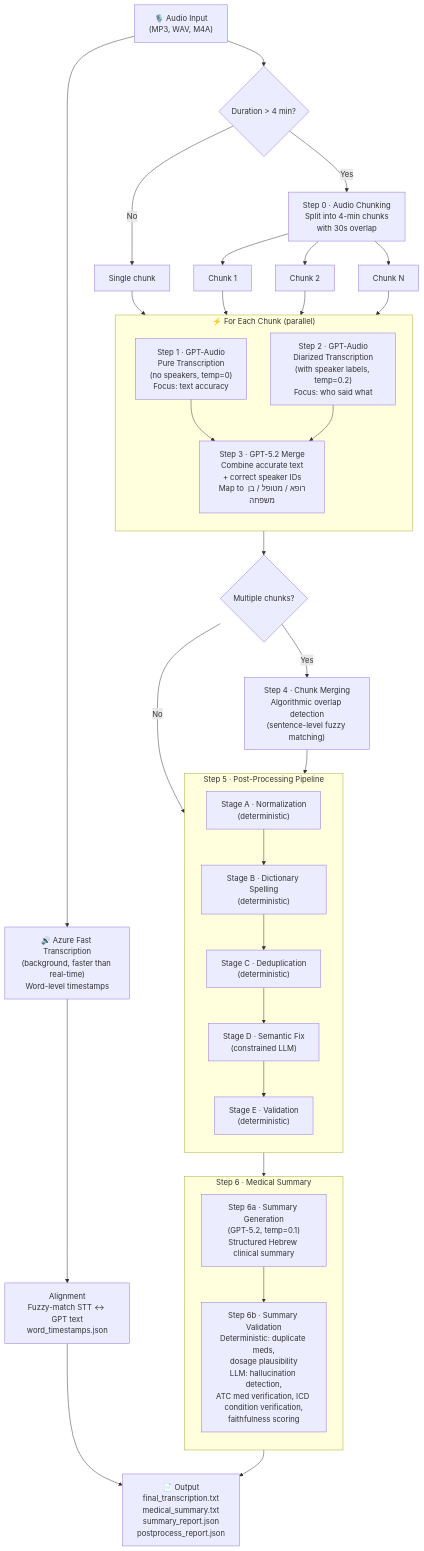
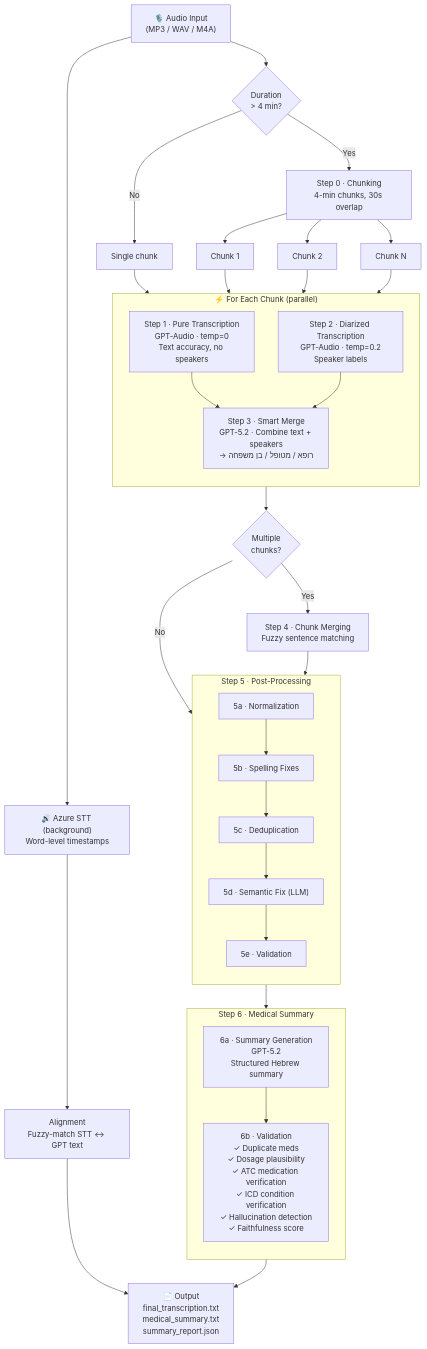
The diagram in README.md (roie9876/medical-diarization), drawn with Mermaid before and after one commit.

Commit message:
update flow

````diff
--- a/README.md
+++ b/README.md
@@ -23,53 +23,54 @@
 ```mermaid
 flowchart TD
-    A["🎙️ Audio Input\n(MP3, WAV, M4A)"] --> B{"Duration > 4 min?"}
+    A["🎙️ Audio Input<br/>(MP3 / WAV / M4A)"]
+    A --> B{"Duration<br/>> 4 min?"}
 
     B -- No --> D1["Single chunk"]
-    B -- Yes --> C["Step 0 · Audio Chunking\nSplit into 4-min chunks\nwith 30s overlap"]
+    B -- Yes --> C["Step 0 · Chunking<br/>4-min chunks, 30s overlap"]
     C --> D2["Chunk 1"]
     C --> D3["Chunk 2"]
     C --> D4["Chunk N"]
 
     D1 --> PAR
     D2 --> PAR
     D3 --> PAR
     D4 --> PAR
 
     subgraph PAR["⚡ For Each Chunk (parallel)"]
         direction TB
-        E1["Step 1 · GPT-Audio\nPure Transcription\n(no speakers, temp=0)\nFocus: text accuracy"]
-        E2["Step 2 · GPT-Audio\nDiarized Transcription\n(with speaker labels, temp=0.2)\nFocus: who said what"]
-        E1 --> F["Step 3 · GPT-5.2 Merge\nCombine accurate text\n+ correct speaker IDs\nMap to רופא / מטופל / בן משפחה"]
+        E1["Step 1 · Pure Transcription<br/>GPT-Audio · temp=0<br/>Text accuracy, no speakers"]
+        E2["Step 2 · Diarized Transcription<br/>GPT-Audio · temp=0.2<br/>Speaker labels"]
+        E1 --> F["Step 3 · Smart Merge<br/>GPT-5.2 · Combine text + speakers<br/>→ רופא / מטופל / בן משפחה"]
         E2 --> F
     end
 
-    PAR --> G{"Multiple chunks?"}
-    G -- Yes --> H["Step 4 · Chunk Merging\nAlgorithmic overlap detection\n(sentence-level fuzzy matching)"]
+    PAR --> G{"Multiple<br/>chunks?"}
+    G -- Yes --> H["Step 4 · Chunk Merging<br/>Fuzzy sentence matching"]
     G -- No --> I
     H --> I
 
-    subgraph I["Step 5 · Post-Processing Pipeline"]
+    subgraph I["Step 5 · Post-Processing"]
         direction TB
-        SA["Stage A · Normalization\n(deterministic)"]
-        SB["Stage B · Dictionary Spelling\n(deterministic)"]
-        SC["Stage C · Deduplication\n(deterministic)"]
-        SD["Stage D · Semantic Fix\n(constrained LLM)"]
-        SE["Stage E · Validation\n(deterministic)"]
+        SA["5a · Normalization"]
+        SB["5b · Spelling Fixes"]
+        SC["5c · Deduplication"]
+        SD["5d · Semantic Fix (LLM)"]
+        SE["5e · Validation"]
         SA --> SB --> SC --> SD --> SE
     end
 
     I --> K
 
     subgraph K["Step 6 · Medical Summary"]
         direction TB
-        K1["Step 6a · Summary Generation\n(GPT-5.2, temp=0.1)\nStructured Hebrew clinical summary"]
-        K2["Step 6b · Summary Validation\nDeterministic: duplicate meds,\ndosage plausibility\nLLM: hallucination detection,\nATC med verification, ICD condition verification,\nfaithfulness scoring"]
+        K1["6a · Summary Generation<br/>GPT-5.2<br/>Structured Hebrew summary"]
+        K2["6b · Validation<br/>✓ Duplicate meds<br/>✓ Dosage plausibility<br/>✓ ATC medication verification<br/>✓ ICD condition verification<br/>✓ Hallucination detection<br/>✓ Faithfulness score"]
         K1 --> K2
     end
 
-    K --> J["📄 Output\nfinal_transcription.txt\nmedical_summary.txt\nsummary_report.json\npostprocess_report.json"]
+    K --> J["📄 Output<br/>final_transcription.txt<br/>medical_summary.txt<br/>summary_report.json"]
 
-    A --> STT["🔊 Azure Fast Transcription\n(background, faster than real-time)\nWord-level timestamps"]
-    STT --> ALIGN["Alignment\nFuzzy-match STT ↔ GPT text\nword_timestamps.json"]
+    A --> STT["🔊 Azure STT (background)<br/>Word-level timestamps"]
+    STT --> ALIGN["Alignment<br/>Fuzzy-match STT ↔ GPT text"]
     ALIGN --> J
 ```
````
